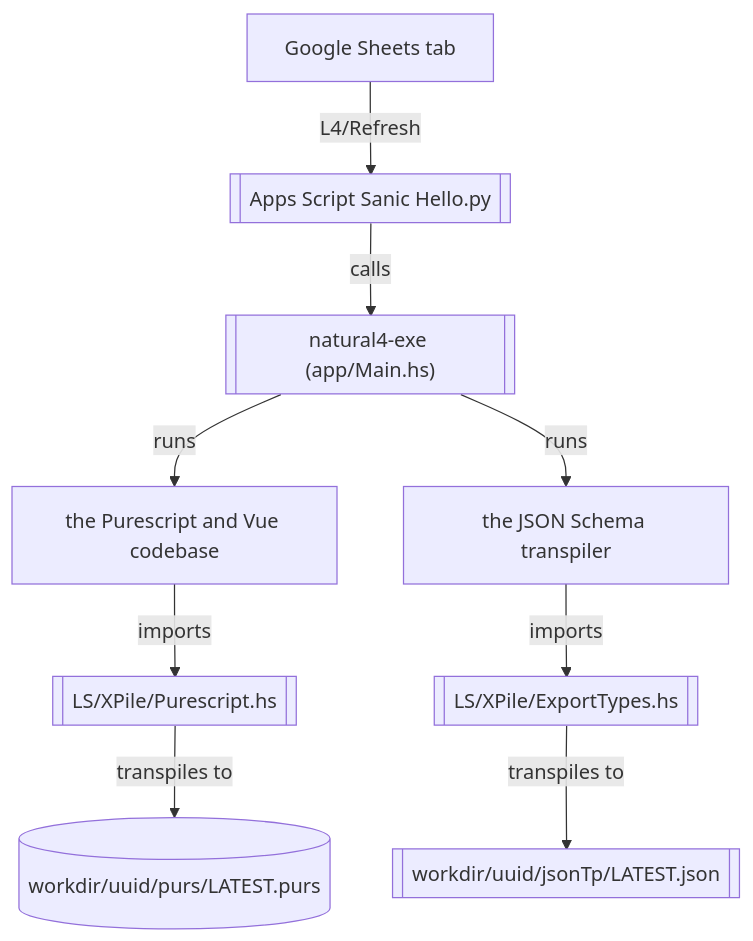
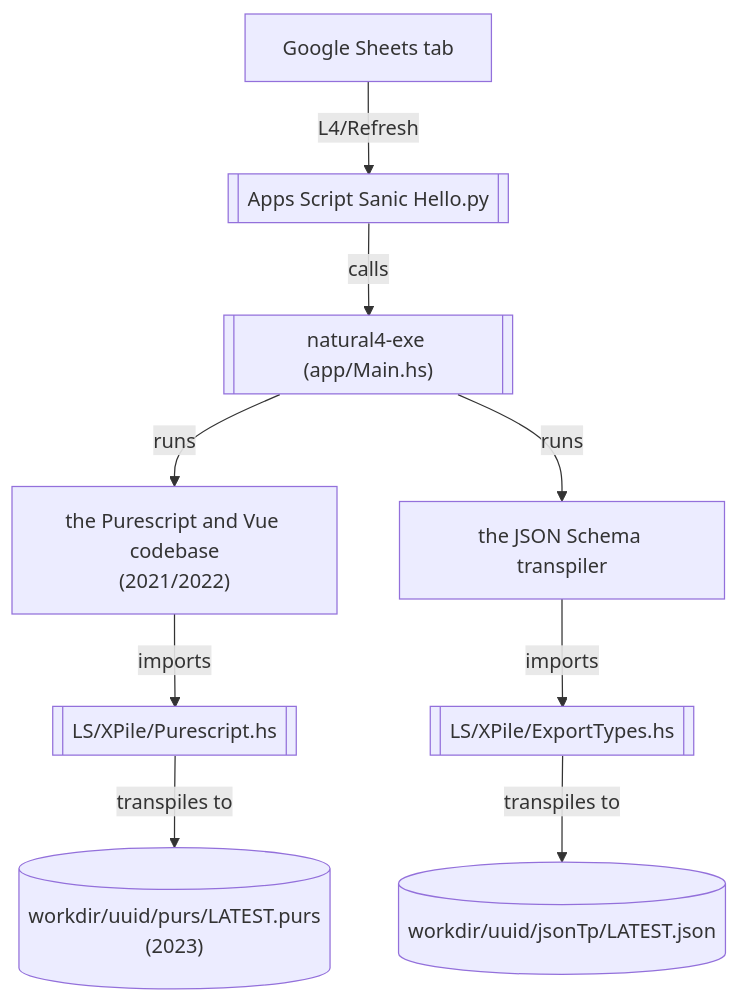
One commit to smucclaw/internal_docs changed the diagram in docs/current_system/index.md. Above: the diagram before and after it, drawn with Mermaid.

Commit message:
more mermaid tweaking

````diff
--- a/docs/current_system/index.md
+++ b/docs/current_system/index.md
@@ -17,13 +17,13 @@
 ```mermaid
 graph TB;
     A["Google Sheets tab"] -- "L4/Refresh" --> B[["Apps Script Sanic Hello.py"]];
 	B -- calls -->C[["natural4-exe (app/Main.hs)"]];
 
-	C --"runs"--> C1["the Purescript and Vue codebase"];
+	C --"runs"--> C1["the Purescript and Vue codebase\n(2021/2022)"];
 	C1--"imports"-->D[["LS/XPile/Purescript.hs"]];
-    D--"transpiles to"-->E[("workdir/uuid/purs/LATEST.purs")];
+    D--"transpiles to"-->E[("workdir/uuid/purs/LATEST.purs\n(2023)")];
 
     C --"runs"--> G0["the JSON Schema transpiler"];
 	G0--"imports"-->G1[["LS/XPile/ExportTypes.hs"]];
-	G1--"transpiles to"-->G2[["workdir/uuid/jsonTp/LATEST.json"]];
+	G1--"transpiles to"-->G2[("workdir/uuid/jsonTp/LATEST.json")];
 ```
````
